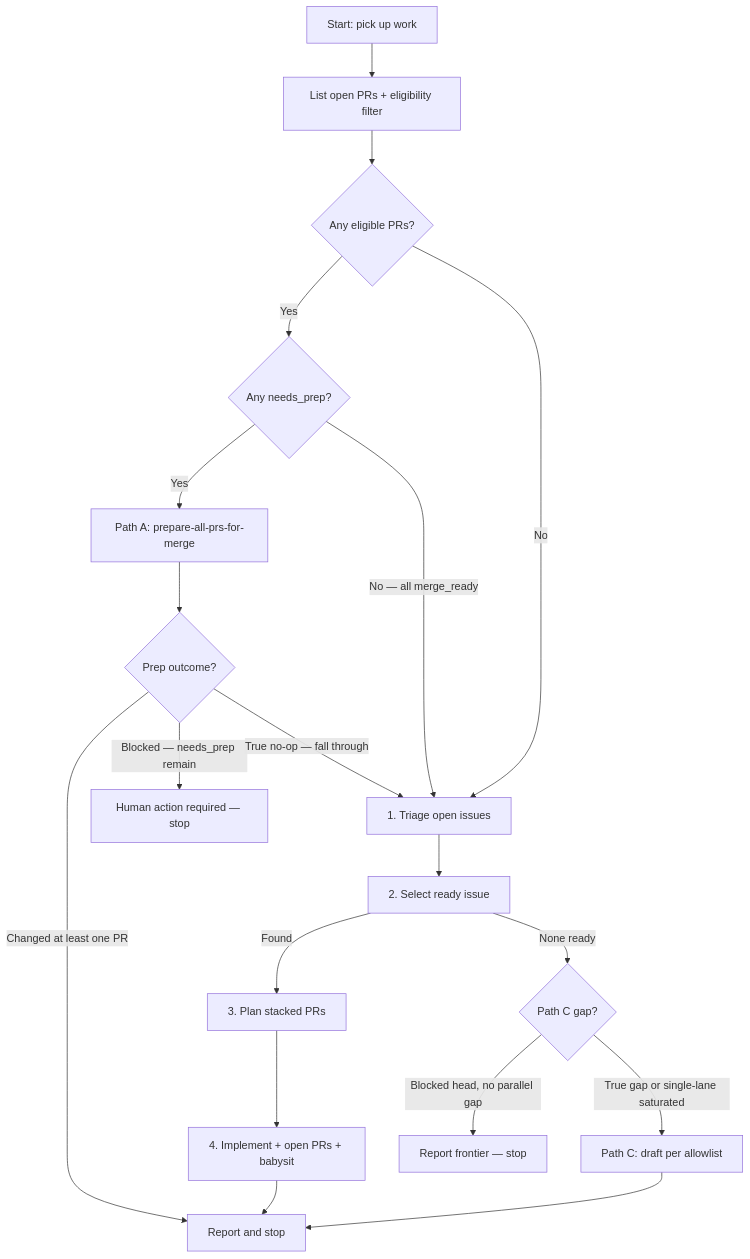
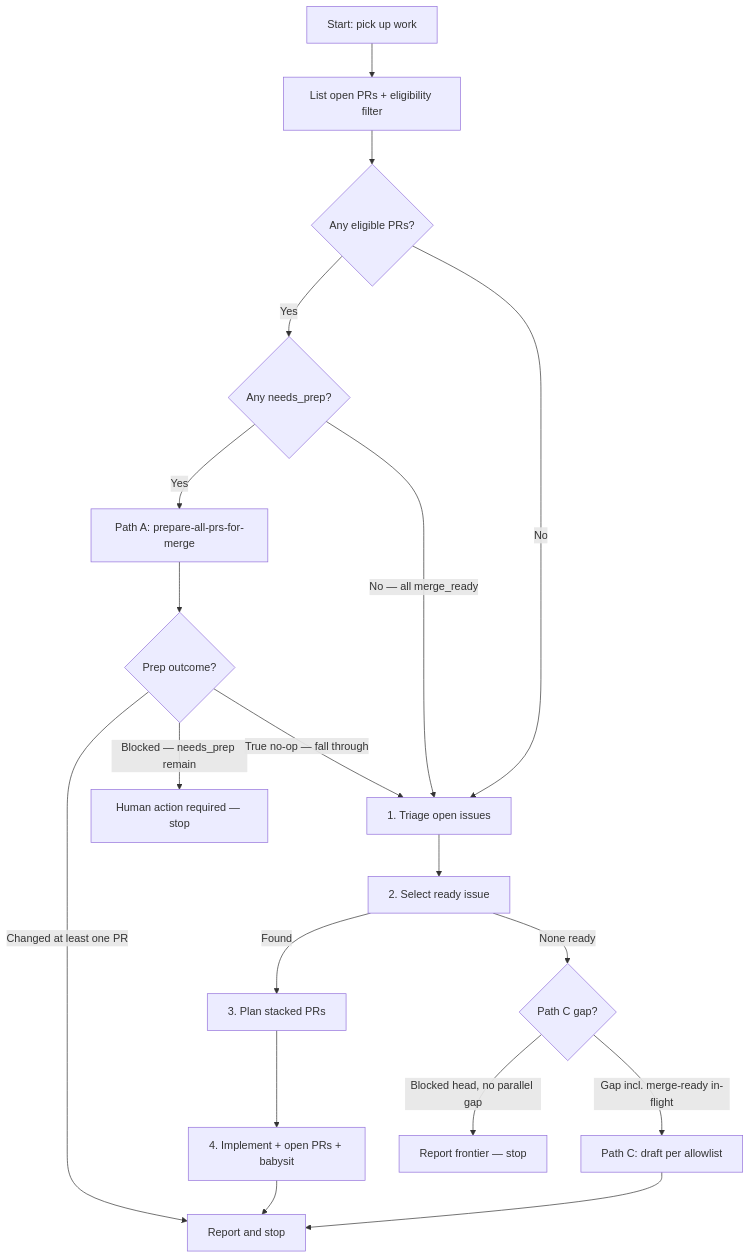
Before and after one commit to toadslop/rtl88x2bu-linux-driver: the diagram in .cursor/skills/pick-up-work-item/SKILL.md, drawn with Mermaid. The commit also changed other lines of this file and 4 other files, not shown here.

Commit message:
fix(workflow): Path C when merge-ready PRs in flight, not stop (#1497)

````diff
--- a/.cursor/skills/pick-up-work-item/SKILL.md
+++ b/.cursor/skills/pick-up-work-item/SKILL.md
@@ -185,21 +185,21 @@
 ```mermaid
 flowchart TD
   A[Start: pick up work] --> B[List open PRs + eligibility filter]
   B --> C{Any eligible PRs?}
   C -->|Yes| C2{Any needs_prep?}
   C2 -->|Yes| D[Path A: prepare-all-prs-for-merge]
   D --> D2{Prep outcome?}
   D2 -->|Changed at least one PR| Z[Report and stop]
   D2 -->|Blocked — needs_prep remain| Z2[Human action required — stop]
   D2 -->|True no-op — fall through| E
   C2 -->|No — all merge_ready| E[1. Triage open issues]
   C -->|No| E
   E --> F[2. Select ready issue]
   F -->|Found| G[3. Plan stacked PRs]
   G --> H[4. Implement + open PRs + babysit]
   H --> Z
   F -->|None ready| I{Path C gap?}
   I -->|Blocked head, no parallel gap| Z3[Report frontier — stop]
-  I -->|True gap or single-lane saturated| J[Path C: draft per allowlist]
+  I -->|Gap incl. merge-ready in-flight| J[Path C: draft per allowlist]
   J --> Z
 ```
````
